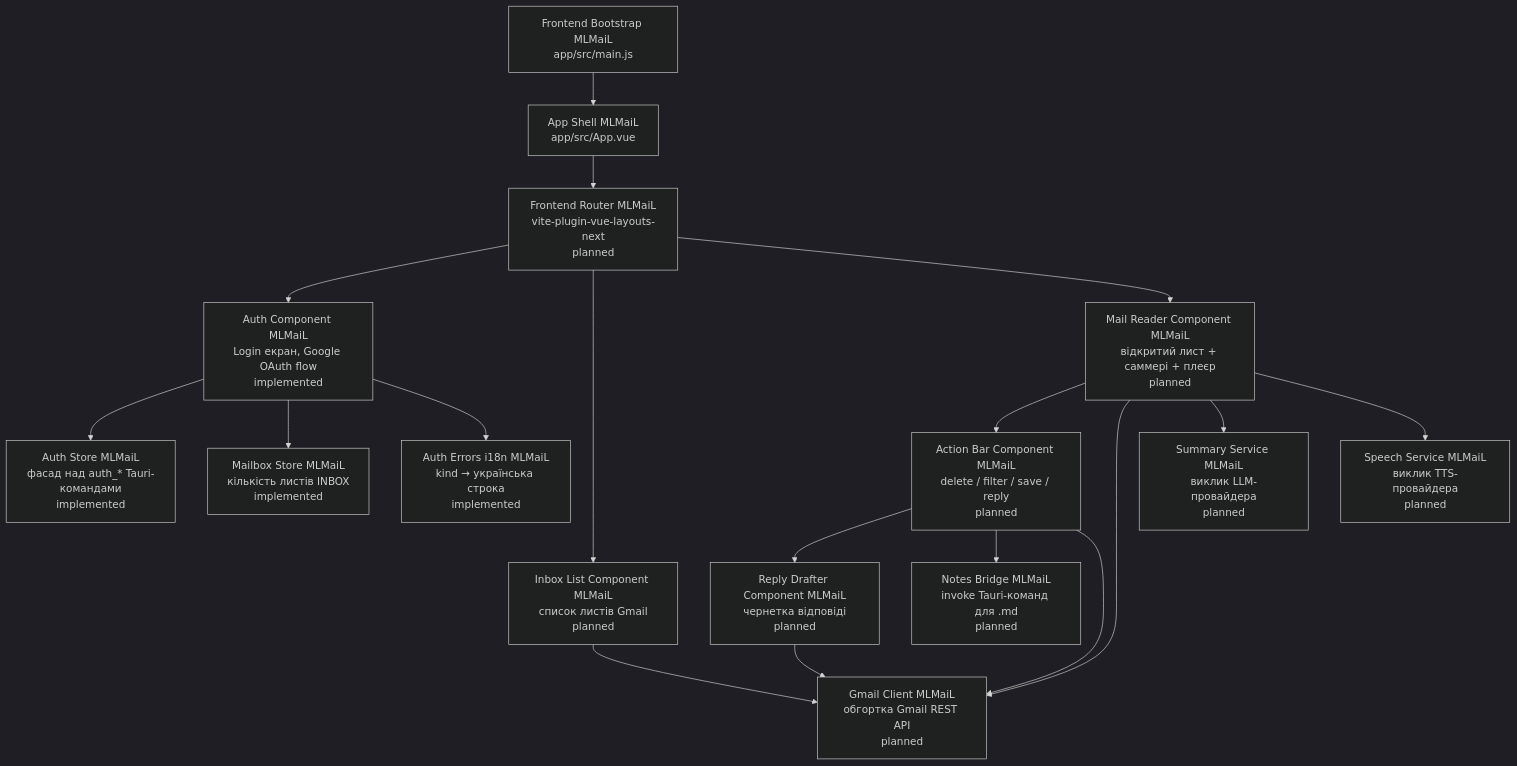
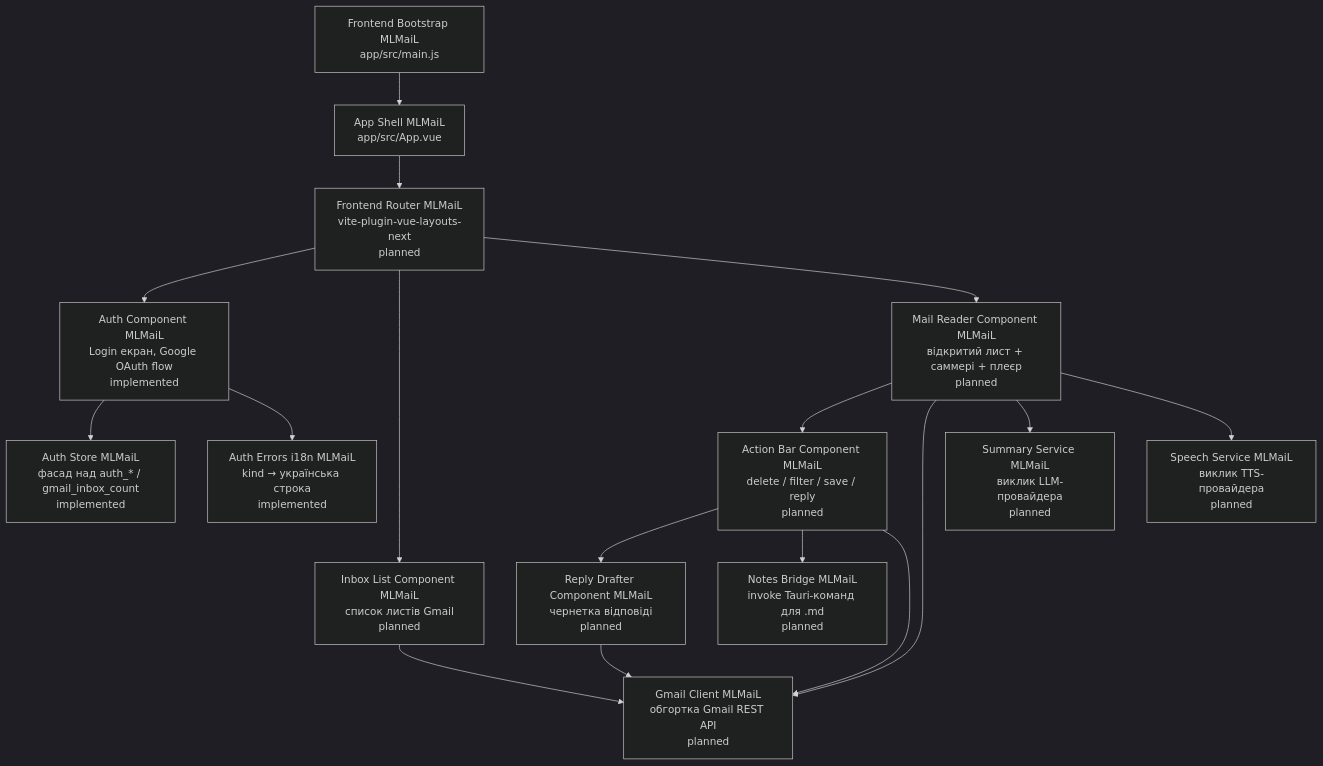
Before and after one commit to vitaliytv/mlmail: the first of 2 diagrams in docs/ci4/03-components.md, drawn with Mermaid (dark theme). The commit also changed other lines of this file, not shown here.

First line of the commit message:
docs(ci4): components — додати Gmail Module + оновити Auth Store

````diff
--- a/docs/ci4/03-components.md
+++ b/docs/ci4/03-components.md
@@ -12,41 +12,39 @@
 ```mermaid
 graph TB
     Bootstrap[Frontend Bootstrap MLMaiL<br/>app/src/main.js]
     Router[Frontend Router MLMaiL<br/>vite-plugin-vue-layouts-next<br/>planned]
     AppShell[App Shell MLMaiL<br/>app/src/App.vue]
 
     Auth[Auth Component MLMaiL<br/>Login екран, Google OAuth flow<br/>implemented]
     Inbox[Inbox List Component MLMaiL<br/>список листів Gmail<br/>planned]
     Reader[Mail Reader Component MLMaiL<br/>відкритий лист + саммері + плеєр<br/>planned]
     Actions[Action Bar Component MLMaiL<br/>delete / filter / save / reply<br/>planned]
     Drafter[Reply Drafter Component MLMaiL<br/>чернетка відповіді<br/>planned]
 
     SummaryService[Summary Service MLMaiL<br/>виклик LLM-провайдера<br/>planned]
     SpeechService[Speech Service MLMaiL<br/>виклик TTS-провайдера<br/>planned]
     GmailClient[Gmail Client MLMaiL<br/>обгортка Gmail REST API<br/>planned]
-    AuthStore[Auth Store MLMaiL<br/>фасад над auth_* Tauri-командами<br/>implemented]
-    MailboxStore[Mailbox Store MLMaiL<br/>кількість листів INBOX<br/>implemented]
+    AuthStore[Auth Store MLMaiL<br/>фасад над auth_* / gmail_inbox_count<br/>implemented]
     AuthI18n[Auth Errors i18n MLMaiL<br/>kind → українська строка<br/>implemented]
     NotesBridge[Notes Bridge MLMaiL<br/>invoke Tauri-команд для .md<br/>planned]
 
     Bootstrap --> AppShell
     AppShell --> Router
     Router --> Auth
     Router --> Inbox
     Router --> Reader
 
     Reader --> Actions
     Actions --> Drafter
 
     Auth --> AuthStore
-    Auth --> MailboxStore
     Auth --> AuthI18n
     Inbox --> GmailClient
     Reader --> GmailClient
     Reader --> SummaryService
     Reader --> SpeechService
     Drafter --> GmailClient
 
     Actions --> NotesBridge
     Actions --> GmailClient
 ```
````
